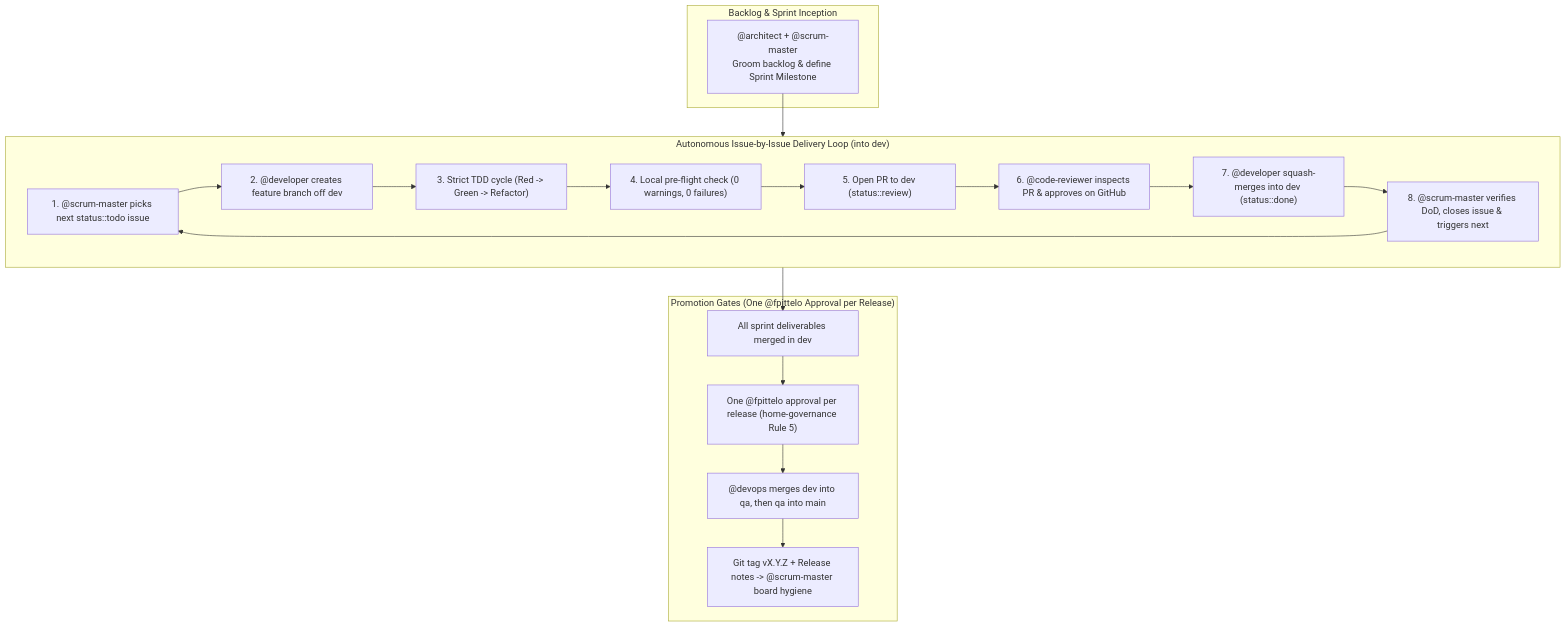
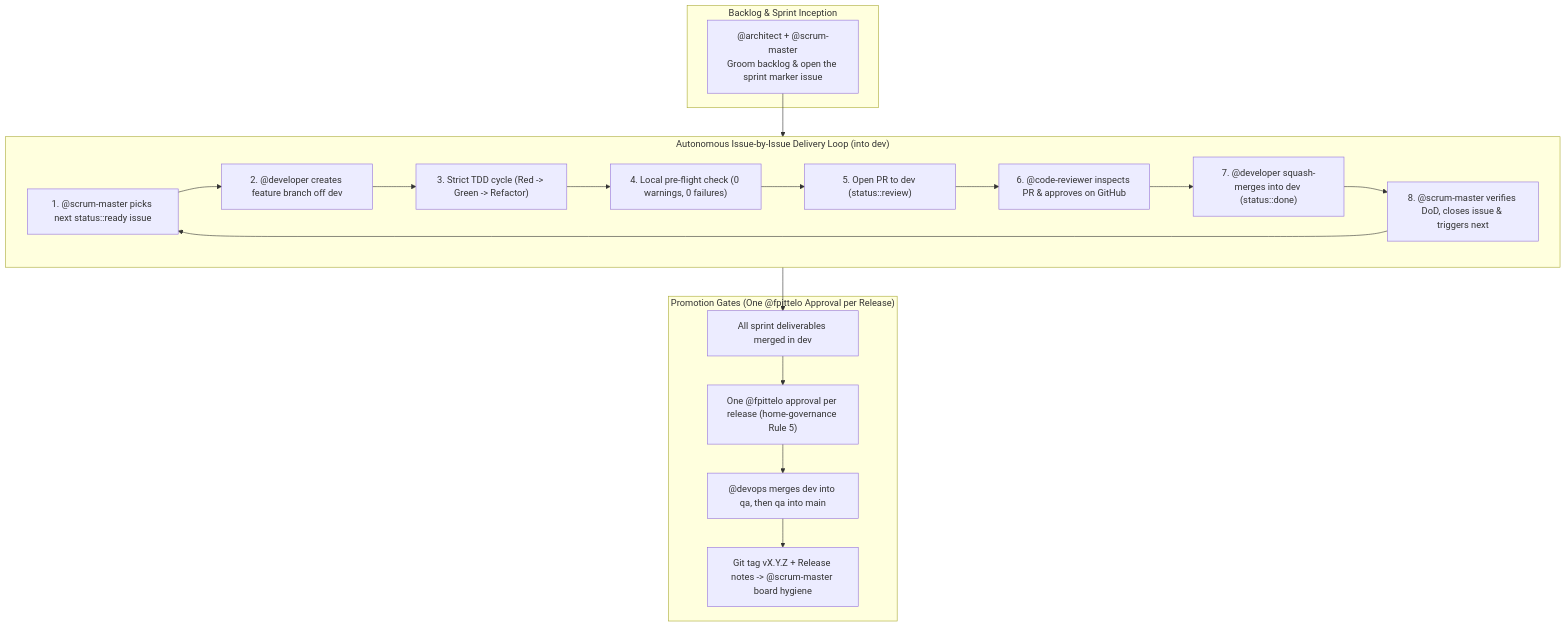
The diagram in agents/architect.md (fpittelo/opencode-home-config), drawn with Mermaid before and after one commit. The commit also changed other lines of this file and 18 other files, not shown here.

First line of the commit message:
docs(board): board state v2 — status labels as SSOT, sprint marker issues, MADR-0013 (#302)

````diff
--- a/agents/architect.md
+++ b/agents/architect.md
@@ -173,28 +173,28 @@
 ```mermaid
 flowchart TD
     subgraph Backlog_Planning ["Backlog & Sprint Inception"]
-        A_ARCH["@architect + @scrum-master\nGroom backlog & define Sprint Milestone"]
+        A_ARCH["@architect + @scrum-master\nGroom backlog & open the sprint marker issue"]
     end
 
     subgraph Autonomous_Dev_Loop ["Autonomous Issue-by-Issue Delivery Loop (into dev)"]
-        S1["1. @scrum-master picks next status::todo issue"]
+        S1["1. @scrum-master picks next status::ready issue"]
         S2["2. @developer creates feature branch off dev"]
         S3["3. Strict TDD cycle (Red -> Green -> Refactor)"]
         S4["4. Local pre-flight check (0 warnings, 0 failures)"]
         S5["5. Open PR to dev (status::review)"]
         S6["6. @code-reviewer inspects PR & approves on GitHub"]
         S7["7. @developer squash-merges into dev (status::done)"]
         S8["8. @scrum-master verifies DoD, closes issue & triggers next"]
         S1 --> S2 --> S3 --> S4 --> S5 --> S6 --> S7 --> S8 --> S1
     end
 
     subgraph Promotion_Gates ["Promotion Gates (One @fpittelo Approval per Release)"]
         P1["All sprint deliverables merged in dev"]
         P2["One @fpittelo approval per release (home-governance Rule 5)"]
         P3["@devops merges dev into qa, then qa into main"]
         P4["Git tag vX.Y.Z + Release notes -> @scrum-master board hygiene"]
     end
 
     A_ARCH --> Autonomous_Dev_Loop
     Autonomous_Dev_Loop --> P1 --> P2 --> P3 --> P4
 ```
````
